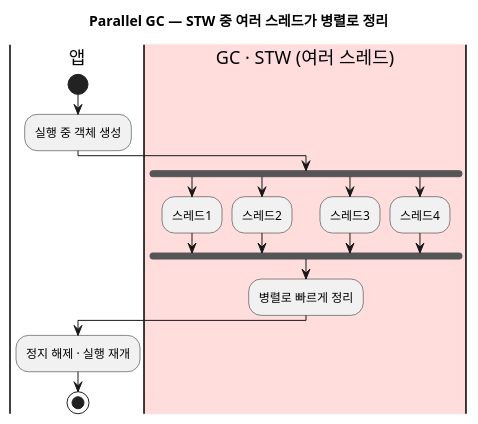
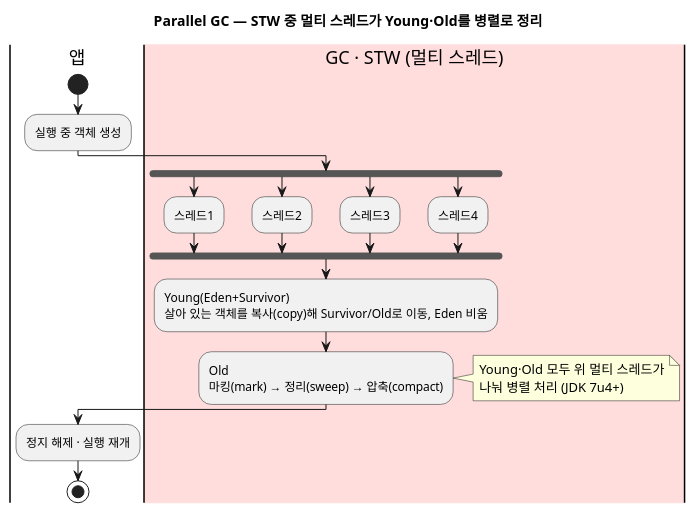
Before and after one commit to johnycho/johny-dev: the fourth of 10 diagrams in blog/2026-08-18-java-gc-types.mdx, drawn with PlantUML. The commit also changed other lines of this file and 7 other files, not shown here.

First line of the commit message:
GC·Redis 다이어그램 보강 및 지양어 정리(끼다·통째로 비우다·국면 등)

````diff
--- a/blog/2026-08-18-java-gc-types.mdx
+++ b/blog/2026-08-18-java-gc-types.mdx
@@ -158,22 +166,27 @@
 ```plantuml
 @startuml
-title Parallel GC — STW 중 여러 스레드가 병렬로 정리
+title Parallel GC — STW 중 멀티 스레드가 Young·Old를 병렬로 정리
 |앱|
 start
 :실행 중 객체 생성;
-|#FFDDDD|GC · STW (여러 스레드)|
+|#FFDDDD|GC · STW (멀티 스레드)|
 fork
   :스레드1;
 fork again
   :스레드2;
 fork again
   :스레드3;
 fork again
   :스레드4;
 end fork
-:병렬로 빠르게 정리;
+:Young(Eden+Survivor)\n살아 있는 객체를 복사(copy)해 Survivor/Old로 이동, Eden 비움;
+:Old\n마킹(mark) → 정리(sweep) → 압축(compact);
+note right
+  Young·Old 모두 위 멀티 스레드가
+  나눠 병렬 처리 (JDK 7u4+)
+end note
 |앱|
 :정지 해제 · 실행 재개;
 stop
 @enduml
 ```
````
